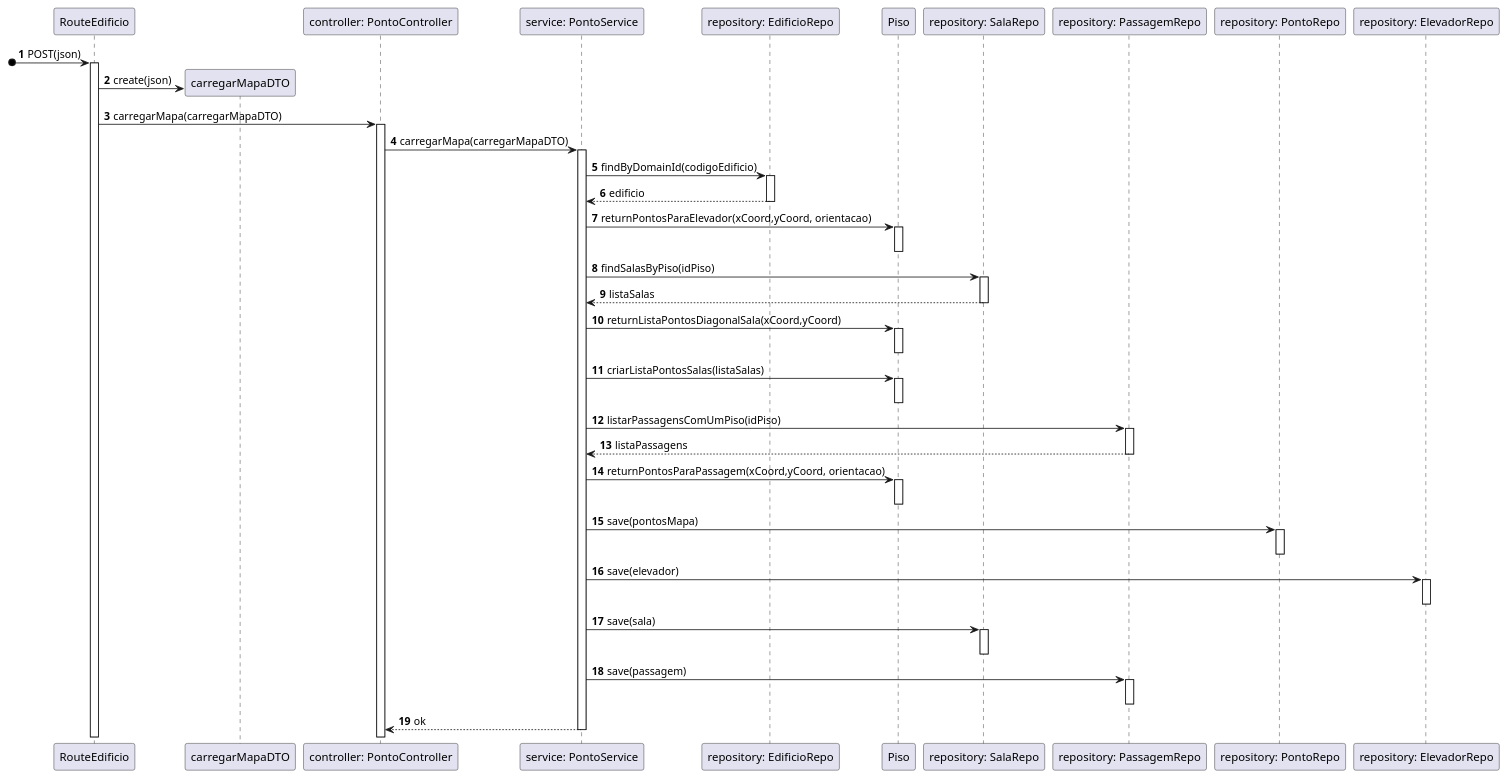
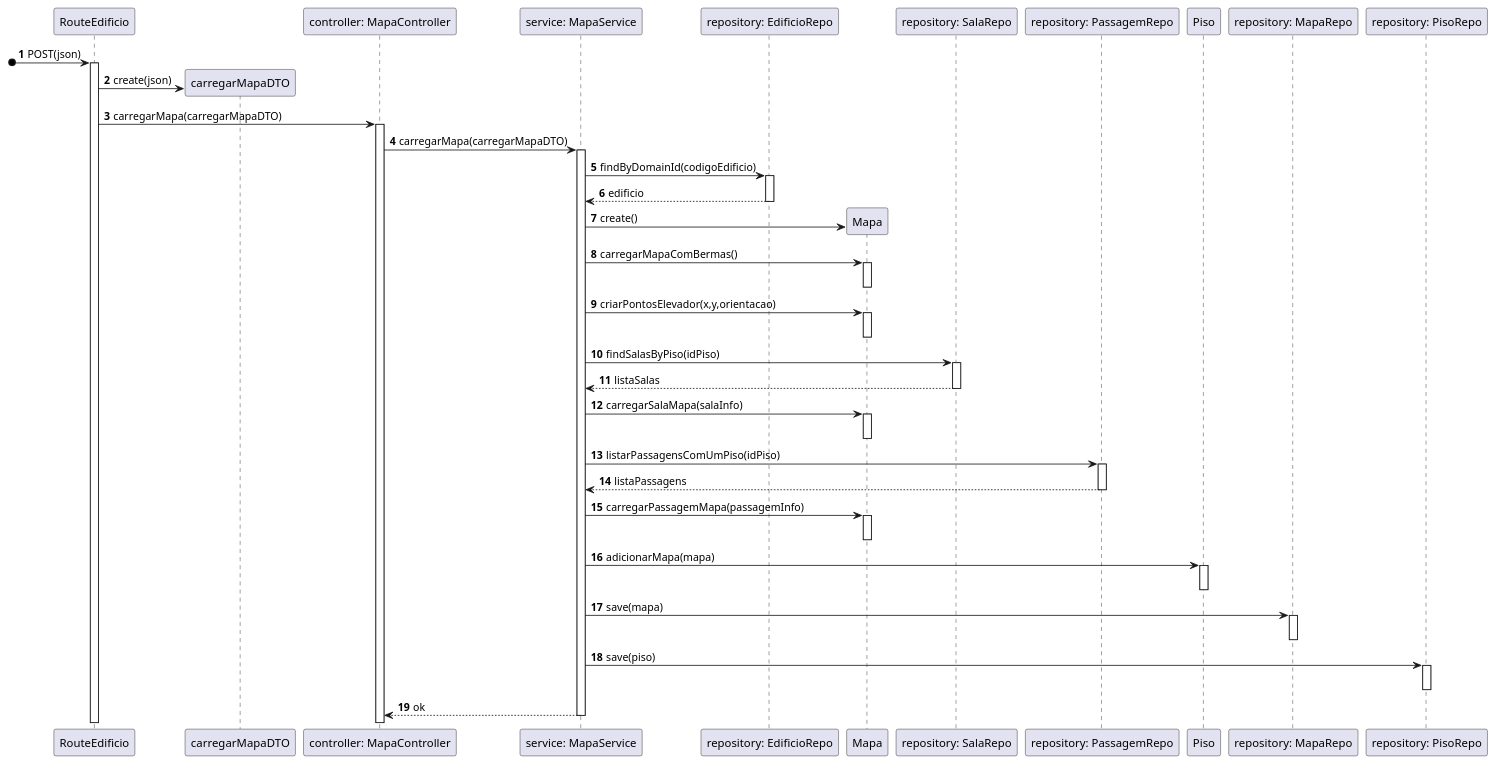
The diagram in docs/Sprint_A/US_230/N3/VP.plantuml (SEM5PI2324G58/sem5pi_g58_23_24), drawn with PlantUML before and after one commit. The commit also changed 3 other files, not shown here.

Commit message:
[US_230][Docs] - Mudança da Vista de Processos e Vista de Implementação N3 para ficar de acordo com o código

```diff
--- a/docs/Sprint_A/US_230/N3/VP.plantuml
+++ b/docs/Sprint_A/US_230/N3/VP.plantuml
@@ -1,54 +1,53 @@
 autonumber
 
 participant RouteEdificio as route
 participant "carregarMapaDTO" as dto
-participant "controller: PontoController" as ctrl
-participant "service: PontoService" as service
+participant "controller: MapaController" as ctrl
+participant "service: MapaService" as service
 participant "repository: EdificioRepo" as edificioRepo
-participant "Piso" as piso
+participant "Mapa" as mapa
 participant "repository: SalaRepo" as salaRepo
 participant "repository: PassagemRepo" as passagemRepo
-participant "repository: PontoRepo" as pontoRepo
-participant "repository: ElevadorRepo" as elevadorRepo
+participant "Piso" as piso
+participant "repository: MapaRepo" as mapaRepo
+participant "repository: PisoRepo" as pisoRepo
 
 [o-> route: POST(json)
 activate route
 route -> dto** : create(json)
 route -> ctrl: carregarMapa(carregarMapaDTO)
 activate ctrl
 ctrl -> service: carregarMapa(carregarMapaDTO) 
 activate service
 service -> edificioRepo: findByDomainId(codigoEdificio)
 activate edificioRepo
 return edificio
-service -> piso: returnPontosParaElevador(xCoord,yCoord, orientacao)
-activate piso
-deactivate piso
+service -> mapa ** : create()
+service -> mapa: carregarMapaComBermas()
+activate mapa
+deactivate mapa
+service -> mapa: criarPontosElevador(x,y,orientacao)
+activate mapa
+deactivate mapa
 service -> salaRepo: findSalasByPiso(idPiso)
 activate salaRepo
 return listaSalas
-service -> piso: returnListaPontosDiagonalSala(xCoord,yCoord)
-activate piso
-deactivate piso
-service -> piso: criarListaPontosSalas(listaSalas)
-activate piso
-deactivate piso
+service -> mapa: carregarSalaMapa(salaInfo)
+activate mapa
+deactivate mapa
 service -> passagemRepo: listarPassagensComUmPiso(idPiso)
 activate passagemRepo
 return listaPassagens
-service -> piso : returnPontosParaPassagem(xCoord,yCoord, orientacao)
+service -> mapa : carregarPassagemMapa(passagemInfo)
+activate mapa
+deactivate mapa
+service -> piso : adicionarMapa(mapa)
 activate piso
 deactivate piso
-service -> pontoRepo: save(pontosMapa)
-activate pontoRepo
-deactivate pontoRepo
-service -> elevadorRepo : save(elevador)
-activate elevadorRepo
-deactivate elevadorRepo
-service -> salaRepo : save(sala)
-activate salaRepo
-deactivate salaRepo
-service -> passagemRepo : save(passagem)
-activate passagemRepo
-deactivate passagemRepo
+service -> mapaRepo: save(mapa)
+activate mapaRepo
+deactivate mapaRepo
+service -> pisoRepo : save(piso)
+activate pisoRepo
+deactivate pisoRepo
 return ok
```
